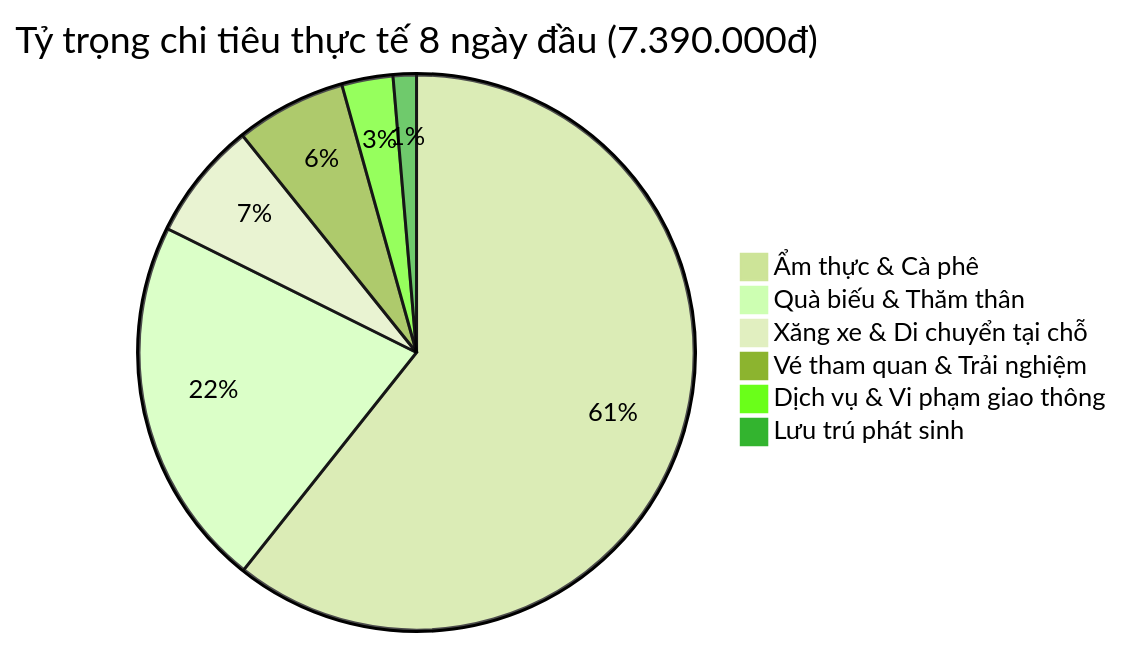
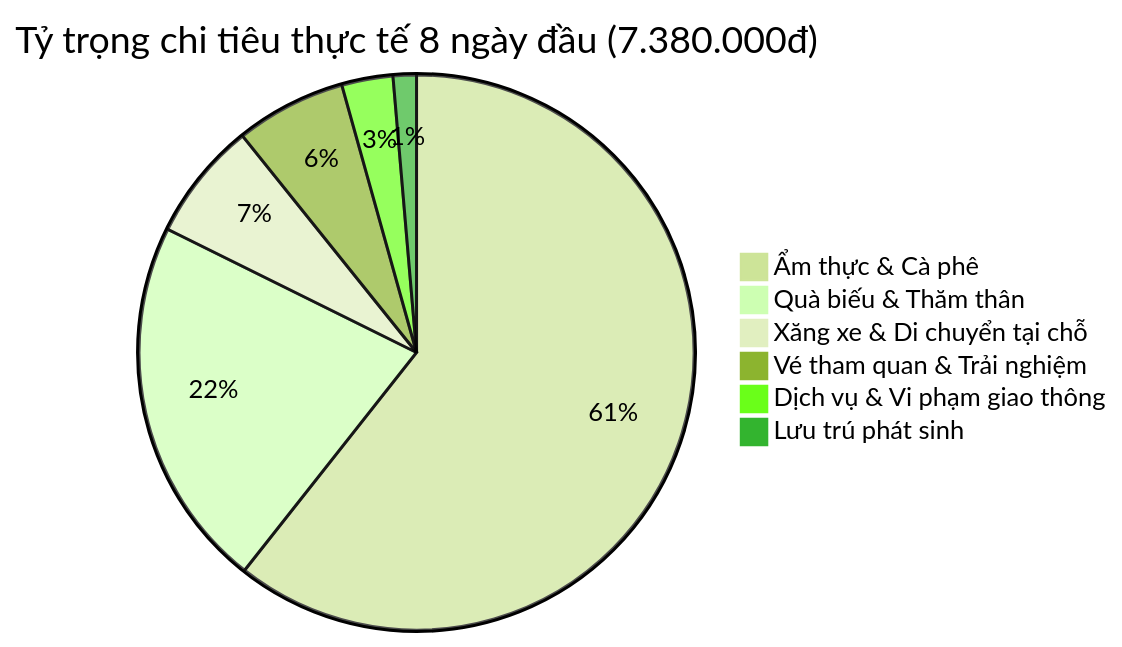
The diagram in info/tong_hop_chi_phi.md (conghc98vn/trip-plan-tay-bac), drawn with Mermaid (forest theme) before and after one commit. The commit also changed other lines of this file and 6 other files, not shown here.

````diff
--- a/info/tong_hop_chi_phi.md
+++ b/info/tong_hop_chi_phi.md
@@ -218,9 +218,9 @@
 ```mermaid
-pie title Tỷ trọng chi tiêu thực tế 8 ngày đầu (7.390.000đ)
-    "Ẩm thực & Cà phê" : 4485000
+pie title Tỷ trọng chi tiêu thực tế 8 ngày đầu (7.380.000đ)
+    "Ẩm thực & Cà phê" : 4475000
     "Quà biếu & Thăm thân" : 1600000
     "Xăng xe & Di chuyển tại chỗ" : 510000
     "Vé tham quan & Trải nghiệm" : 475000
     "Dịch vụ & Vi phạm giao thông" : 220000
     "Lưu trú phát sinh" : 100000
 ```
````
